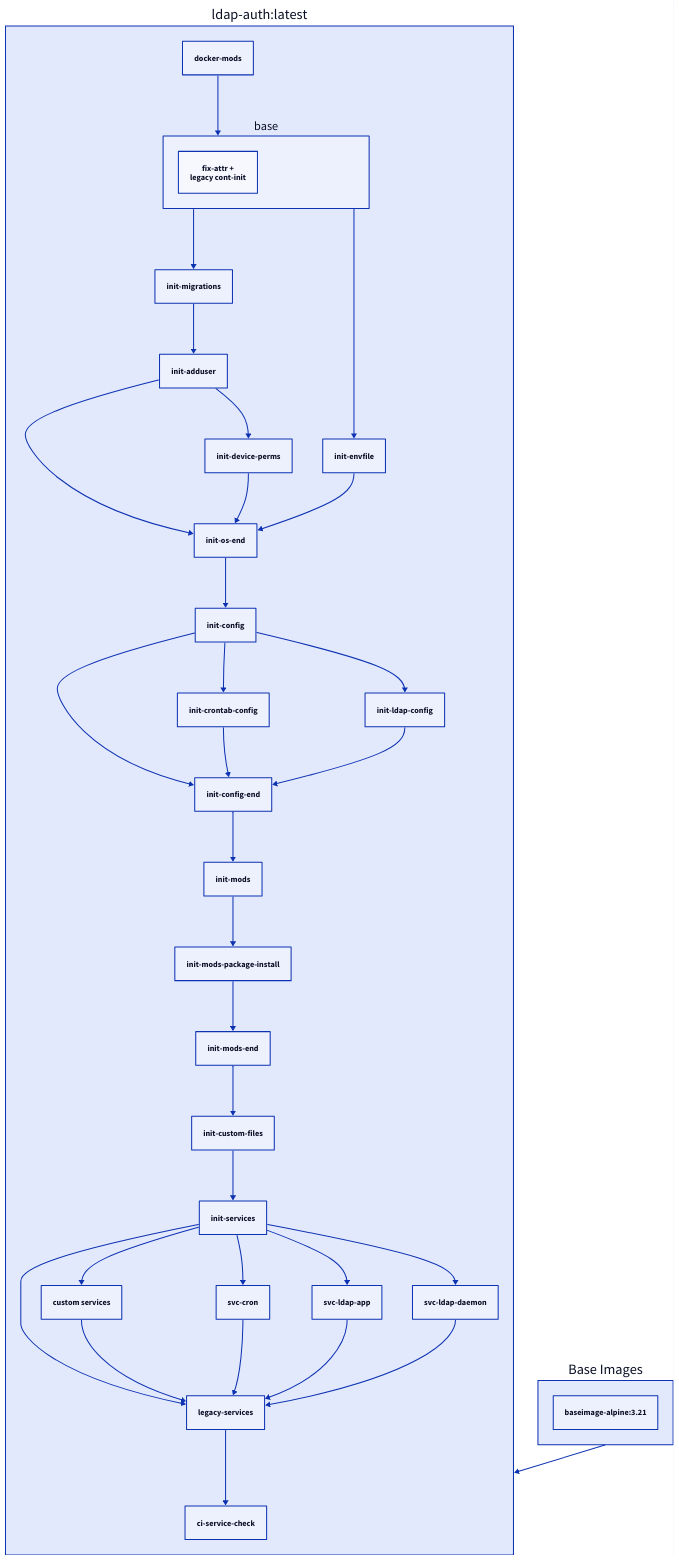
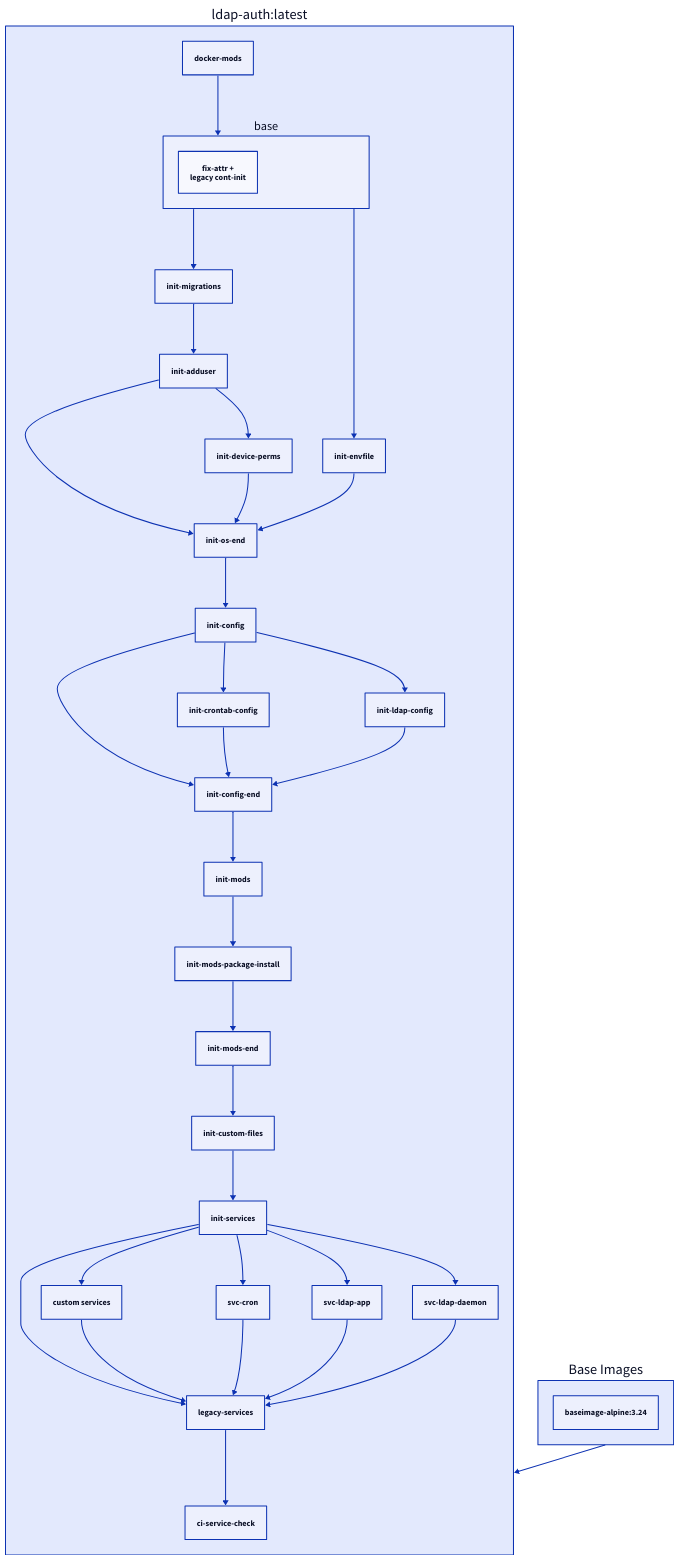
One commit to linuxserver/docker-documentation changed the diagram in docs/images/docker-ldap-auth.md. Above: the diagram before and after it, drawn with D2. The commit also changed other lines of this file, not shown here.

Commit message:
Bot Updating Documentation

````diff
--- a/docs/images/docker-ldap-auth.md
+++ b/docs/images/docker-ldap-auth.md
@@ -300,43 +300,43 @@
     ```d2
     "ldap-auth:latest": {
       docker-mods
       base {
         fix-attr +\nlegacy cont-init
       }
       docker-mods -> base
       legacy-services
       custom services
       init-services -> legacy-services
       init-services -> custom services
       custom services -> legacy-services
       legacy-services -> ci-service-check
       init-migrations -> init-adduser
       init-os-end -> init-config
       init-config -> init-config-end
       init-crontab-config -> init-config-end
       init-ldap-config -> init-config-end
       init-config -> init-crontab-config
       init-mods-end -> init-custom-files
       init-adduser -> init-device-perms
       base -> init-envfile
       init-config -> init-ldap-config
       base -> init-migrations
       init-config-end -> init-mods
       init-mods-package-install -> init-mods-end
       init-mods -> init-mods-package-install
       init-adduser -> init-os-end
       init-device-perms -> init-os-end
       init-envfile -> init-os-end
       init-custom-files -> init-services
       init-services -> svc-cron
       svc-cron -> legacy-services
       init-services -> svc-ldap-app
       svc-ldap-app -> legacy-services
       init-services -> svc-ldap-daemon
       svc-ldap-daemon -> legacy-services
     }
     Base Images: {
-      "baseimage-alpine:3.21"
+      "baseimage-alpine:3.24"
     }
     "ldap-auth:latest" <- Base Images
     ```
````
